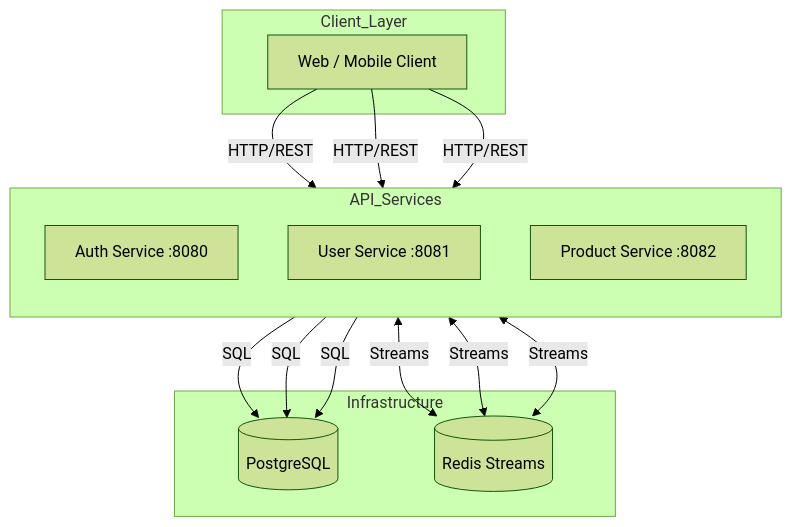
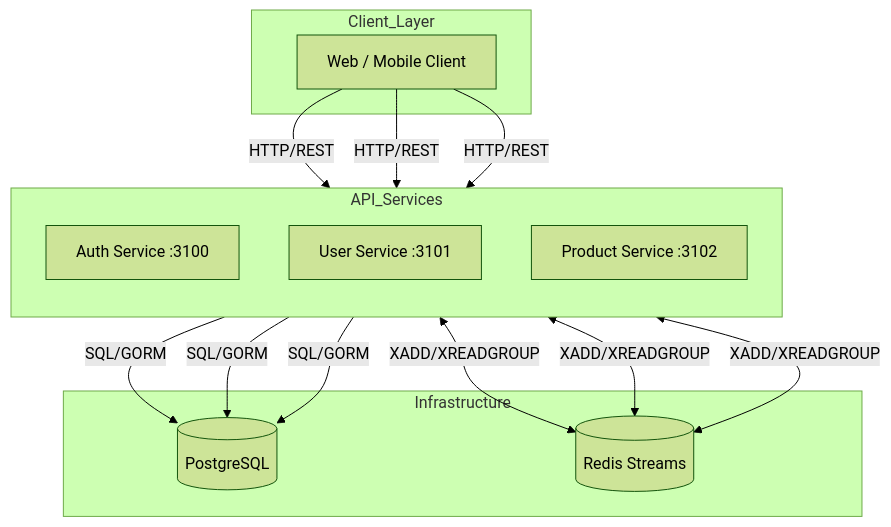
The first of 2 diagrams in README.md (aldoignatachandra/Go-Microservices-Redis-Boilerplate), drawn with Mermaid (forest theme) before and after one commit. The commit also changed other lines of this file and 8 other files, not shown here.

````diff
--- a/README.md
+++ b/README.md
@@ -59,30 +65,30 @@
 ```mermaid
 graph TB
   subgraph Client_Layer
     Client[Web / Mobile Client]
   end
 
   subgraph API_Services
     direction TB
-    Auth[Auth Service :8080]
-    User[User Service :8081]
-    Prod[Product Service :8082]
+    Auth[Auth Service :3100]
+    User[User Service :3101]
+    Prod[Product Service :3102]
   end
 
   subgraph Infrastructure
     PG[(PostgreSQL)]
     Redis[(Redis Streams)]
   end
 
   Client -->|HTTP/REST| Auth
   Client -->|HTTP/REST| User
   Client -->|HTTP/REST| Prod
 
-  Auth -->|SQL| PG
-  User -->|SQL| PG
-  Prod -->|SQL| PG
+  Auth -->|SQL/GORM| PG
+  User -->|SQL/GORM| PG
+  Prod -->|SQL/GORM| PG
 
-  Auth <-->|Streams| Redis
-  User <-->|Streams| Redis
-  Prod <-->|Streams| Redis
+  Auth <-->|XADD/XREADGROUP| Redis
+  User <-->|XADD/XREADGROUP| Redis
+  Prod <-->|XADD/XREADGROUP| Redis
 ```
````
